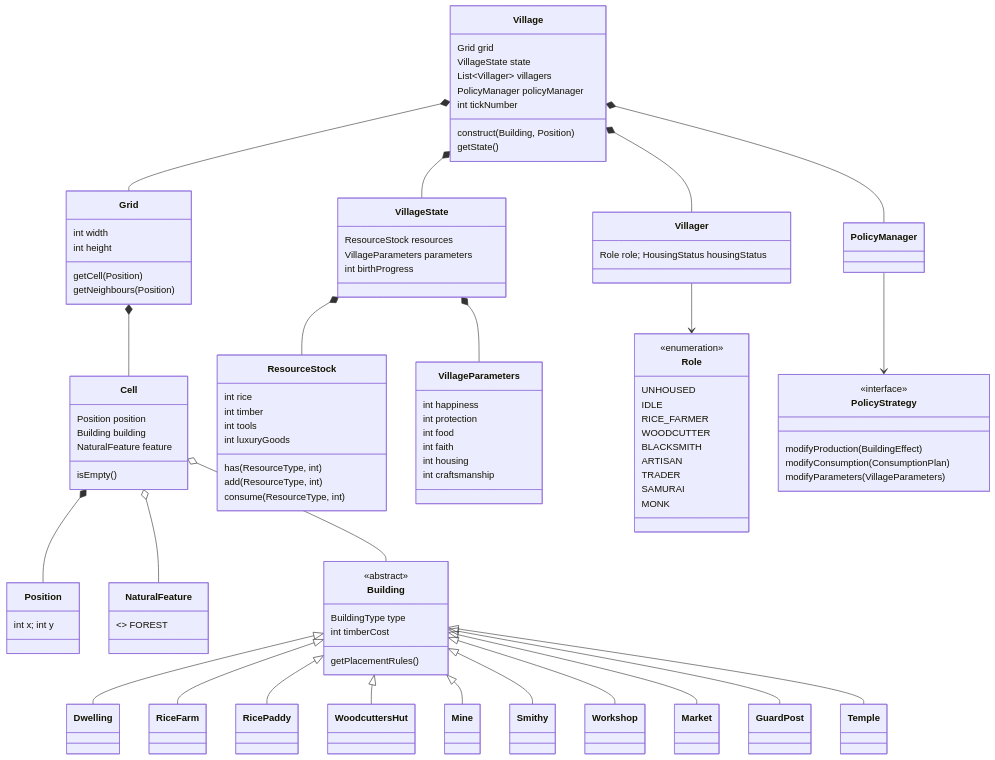
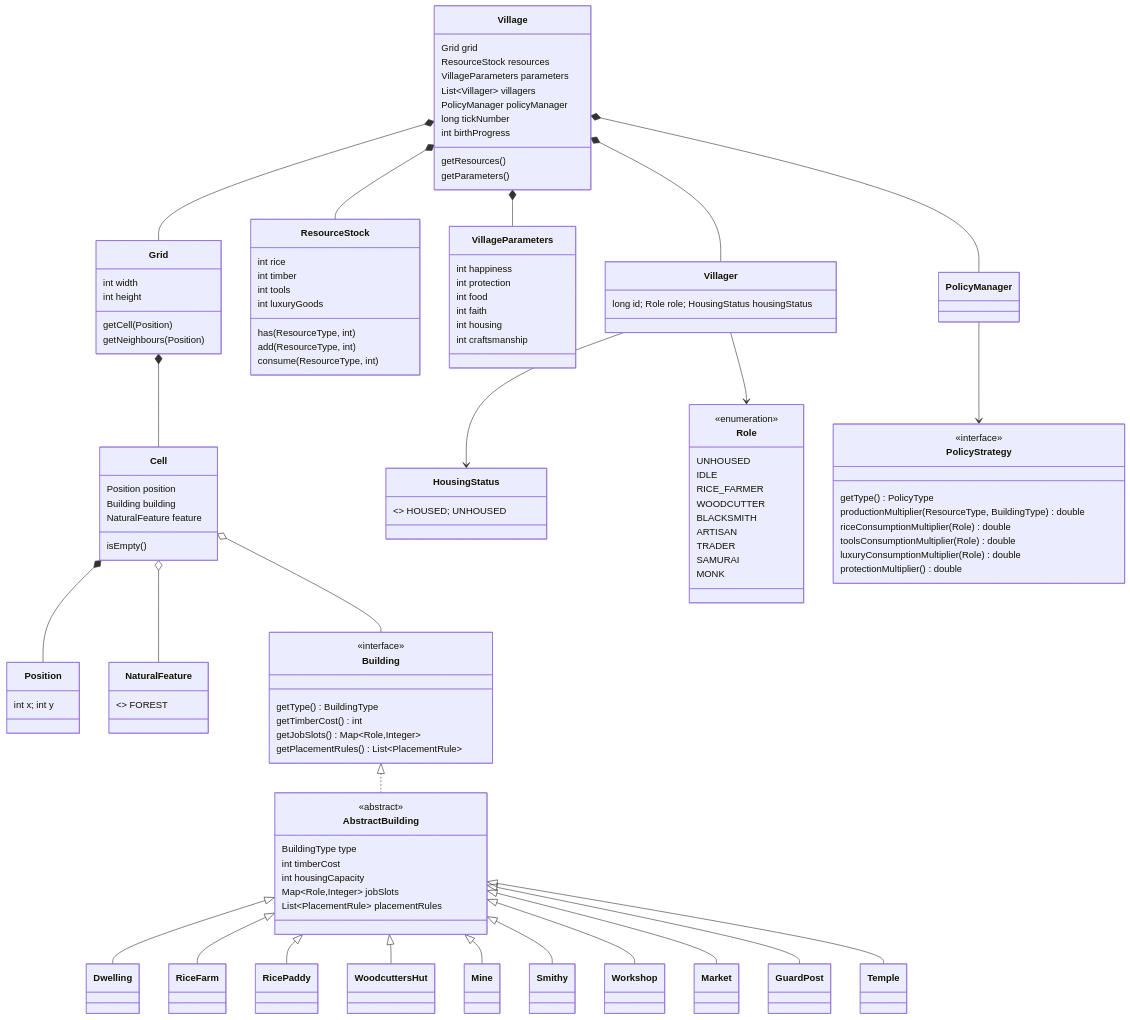
Before and after one commit to edope704/DaimyoSimulator: the first of 14 diagrams in docs/DesignDocument.md, drawn with Mermaid. The commit also changed other lines of this file, not shown here.

````diff
--- a/docs/DesignDocument.md
+++ b/docs/DesignDocument.md
@@ -27,12 +27,14 @@
 classDiagram
     class Village {
         Grid grid
-        VillageState state
+        ResourceStock resources
+        VillageParameters parameters
         List~Villager~ villagers
         PolicyManager policyManager
-        int tickNumber
-        construct(Building, Position)
-        getState()
+        long tickNumber
+        int birthProgress
+        getResources()
+        getParameters()
     }
     class Grid {
         int width
@@ -48,11 +50,6 @@
     }
     class Position { int x; int y }
     class NaturalFeature { <<enumeration>> FOREST }
-    class VillageState {
-        ResourceStock resources
-        VillageParameters parameters
-        int birthProgress
-    }
     class ResourceStock {
         int rice
         int timber
@@ -70,7 +67,8 @@
         int housing
         int craftsmanship
     }
-    class Villager { Role role; HousingStatus housingStatus }
+    class Villager { long id; Role role; HousingStatus housingStatus }
+    class HousingStatus { <<enumeration>> HOUSED; UNHOUSED }
     class Role {
         <<enumeration>>
         UNHOUSED
@@ -84,20 +82,33 @@
         MONK
     }
     class Building {
+        <<interface>>
+        getType() BuildingType
+        getTimberCost() int
+        getJobSlots() Map~Role,Integer~
+        getPlacementRules() List~PlacementRule~
+    }
+    class AbstractBuilding {
         <<abstract>>
         BuildingType type
         int timberCost
-        getPlacementRules()
+        int housingCapacity
+        Map~Role,Integer~ jobSlots
+        List~PlacementRule~ placementRules
     }
     class PolicyStrategy {
         <<interface>>
-        modifyProduction(BuildingEffect)
-        modifyConsumption(ConsumptionPlan)
-        modifyParameters(VillageParameters)
+        getType() PolicyType
+        productionMultiplier(ResourceType, BuildingType) double
+        riceConsumptionMultiplier(Role) double
+        toolsConsumptionMultiplier(Role) double
+        luxuryConsumptionMultiplier(Role) double
+        protectionMultiplier() double
     }
 
     Village *-- Grid
-    Village *-- VillageState
+    Village *-- ResourceStock
+    Village *-- VillageParameters
     Village *-- Villager
     Village *-- PolicyManager
     PolicyManager --> PolicyStrategy
@@ -105,17 +116,17 @@
     Cell *-- Position
     Cell o-- Building
     Cell o-- NaturalFeature
-    VillageState *-- ResourceStock
-    VillageState *-- VillageParameters
     Villager --> Role
-    Building <|-- Dwelling
-    Building <|-- RiceFarm
-    Building <|-- RicePaddy
-    Building <|-- WoodcuttersHut
-    Building <|-- Mine
-    Building <|-- Smithy
-    Building <|-- Workshop
-    Building <|-- Market
-    Building <|-- GuardPost
-    Building <|-- Temple
+    Villager --> HousingStatus
+    Building <|.. AbstractBuilding
+    AbstractBuilding <|-- Dwelling
+    AbstractBuilding <|-- RiceFarm
+    AbstractBuilding <|-- RicePaddy
+    AbstractBuilding <|-- WoodcuttersHut
+    AbstractBuilding <|-- Mine
+    AbstractBuilding <|-- Smithy
+    AbstractBuilding <|-- Workshop
+    AbstractBuilding <|-- Market
+    AbstractBuilding <|-- GuardPost
+    AbstractBuilding <|-- Temple
 ```
````
